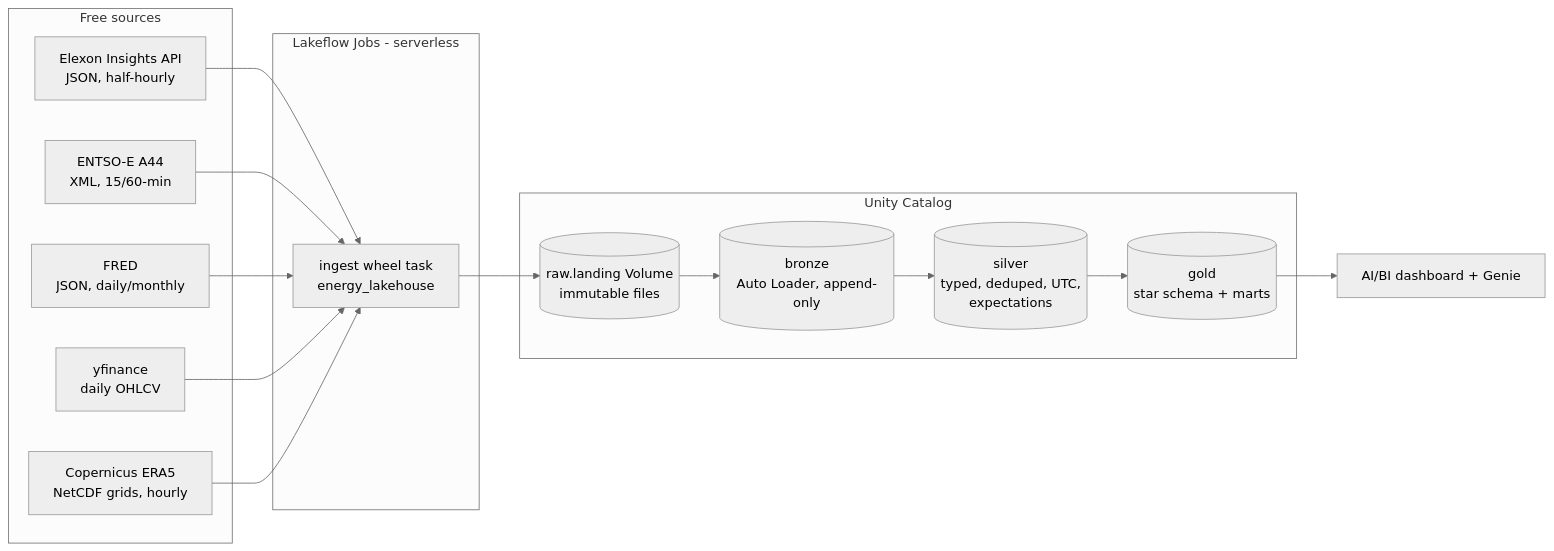
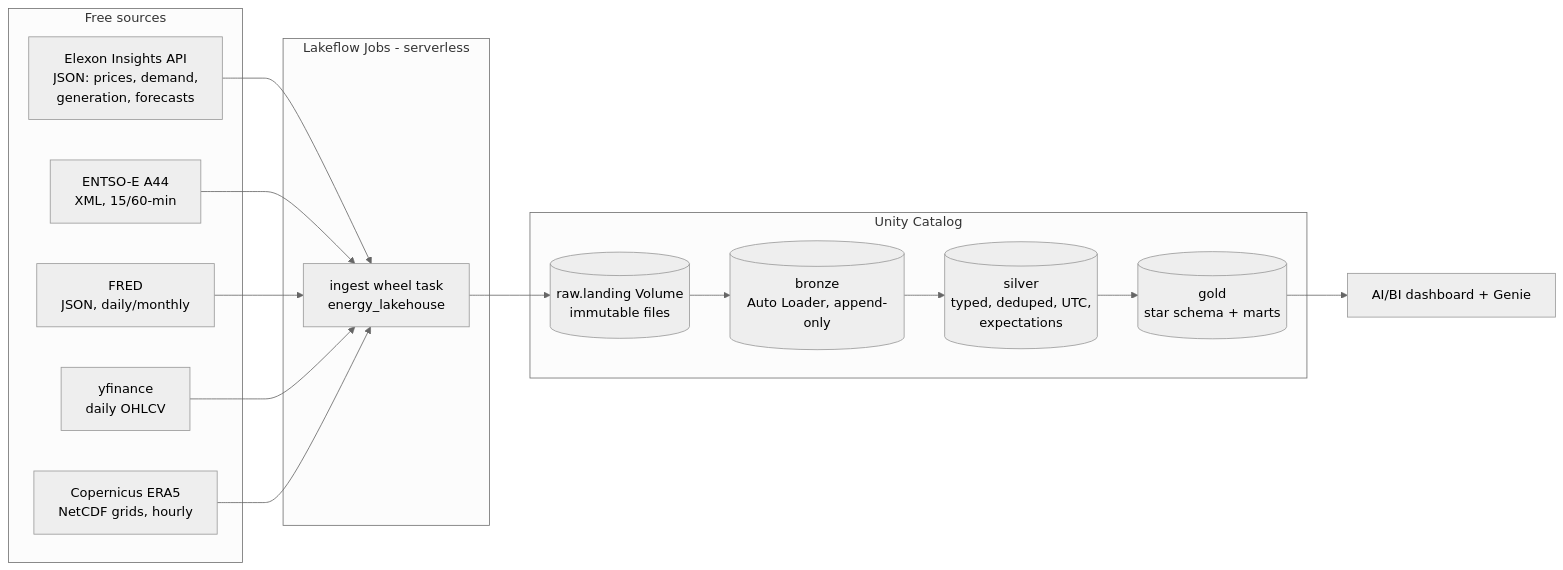
One commit to CodeWithBureh/energy-markets-lakehouse changed the diagram in README.md. Above: the diagram before and after it, drawn with Mermaid (neutral theme). The commit also changed other lines of this file and 7 other files, not shown here.

First line of the commit message:
Elexon: GB demand, market index price, demand/wind/solar forecasts

````diff
--- a/README.md
+++ b/README.md
@@ -11,21 +11,21 @@
 ```mermaid
 flowchart LR
   subgraph Sources[Free sources]
-    E[Elexon Insights API<br/>JSON, half-hourly]
+    E[Elexon Insights API<br/>JSON: prices, demand,<br/>generation, forecasts]
     X[ENTSO-E A44<br/>XML, 15/60-min]
     F[FRED<br/>JSON, daily/monthly]
     S[yfinance<br/>daily OHLCV]
     W[Copernicus ERA5<br/>NetCDF grids, hourly]
   end
   subgraph Jobs[Lakeflow Jobs - serverless]
     I[ingest wheel task<br/>energy_lakehouse]
   end
   subgraph UC[Unity Catalog]
     L[(raw.landing Volume<br/>immutable files)]
     B[(bronze<br/>Auto Loader, append-only)]
     SV[(silver<br/>typed, deduped, UTC,<br/>expectations)]
     G[(gold<br/>star schema + marts)]
   end
   D[AI/BI dashboard + Genie]
   E & X & F & S & W --> I --> L --> B --> SV --> G --> D
 ```
````
